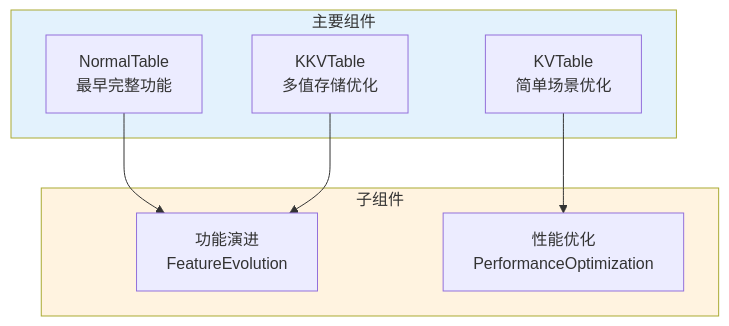
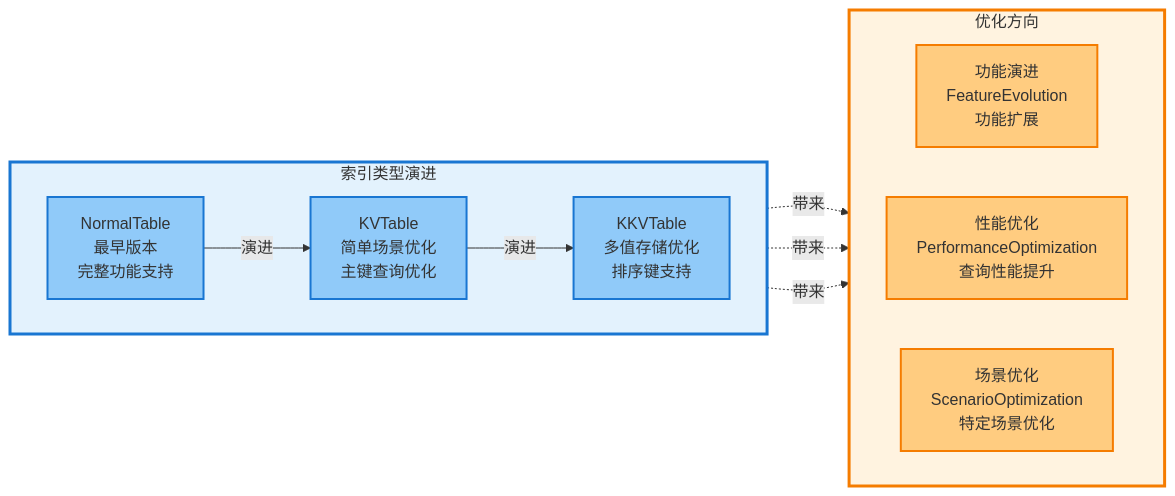
Before and after one commit to zhouzhilong-commits/zhouzhilong-commits.github.io: diagram 25 of 28 in _posts/2025-07-14-indexlib-8-index-types.md, drawn with Mermaid. The commit also changed other lines of this file and 6 other files, not shown here.

````diff
--- a/_posts/2025-07-14-indexlib-8-index-types.md
+++ b/_posts/2025-07-14-indexlib-8-index-types.md
@@ -1016,20 +1250,31 @@
 ```mermaid
-flowchart TD
-    subgraph Main["主要组件"]
-        A["NormalTable<br/>最早完整功能"]
-        B["KVTable<br/>简单场景优化"]
-        C["KKVTable<br/>多值存储优化"]
+flowchart LR
+    subgraph Evolution["索引类型演进"]
+        direction LR
+        A["NormalTable<br/>最早版本<br/>完整功能支持"]
+        B["KVTable<br/>简单场景优化<br/>主键查询优化"]
+        C["KKVTable<br/>多值存储优化<br/>排序键支持"]
     end
     
-    subgraph Sub["子组件"]
-        D["功能演进<br/>FeatureEvolution"]
-        E["性能优化<br/>PerformanceOptimization"]
+    subgraph Optimization["优化方向"]
+        direction LR
+        D["功能演进<br/>FeatureEvolution<br/>功能扩展"]
+        E["性能优化<br/>PerformanceOptimization<br/>查询性能提升"]
+        F["场景优化<br/>ScenarioOptimization<br/>特定场景优化"]
     end
     
-    A --> D
-    B --> E
-    C --> D
+    A -->|演进| B
+    B -->|演进| C
+    A -.->|带来| D
+    B -.->|带来| E
+    C -.->|带来| F
     
-    style Main fill:#e3f2fd
-    style Sub fill:#fff3e0
+    style Evolution fill:#e3f2fd,stroke:#1976d2,stroke-width:3px
+    style Optimization fill:#fff3e0,stroke:#f57c00,stroke-width:3px
+    style A fill:#90caf9,stroke:#1976d2,stroke-width:2px
+    style B fill:#90caf9,stroke:#1976d2,stroke-width:2px
+    style C fill:#90caf9,stroke:#1976d2,stroke-width:2px
+    style D fill:#ffcc80,stroke:#f57c00,stroke-width:2px
+    style E fill:#ffcc80,stroke:#f57c00,stroke-width:2px
+    style F fill:#ffcc80,stroke:#f57c00,stroke-width:2px
 ```
````
